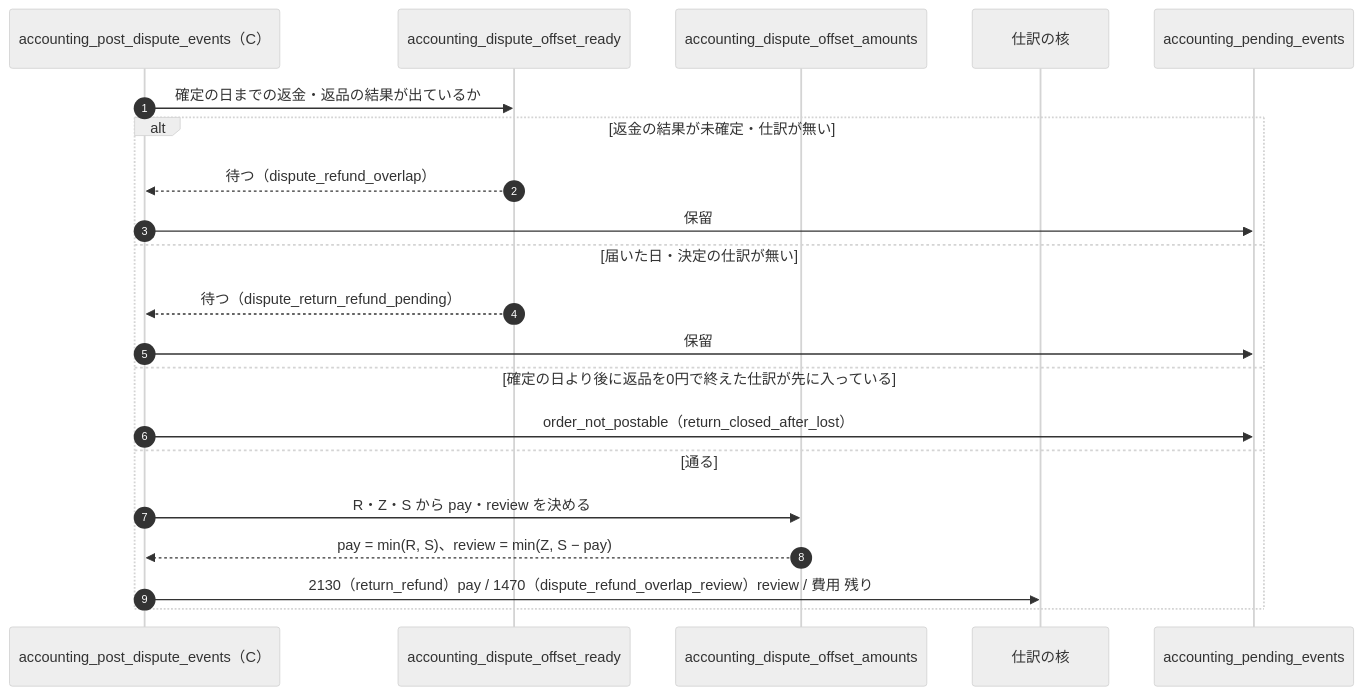
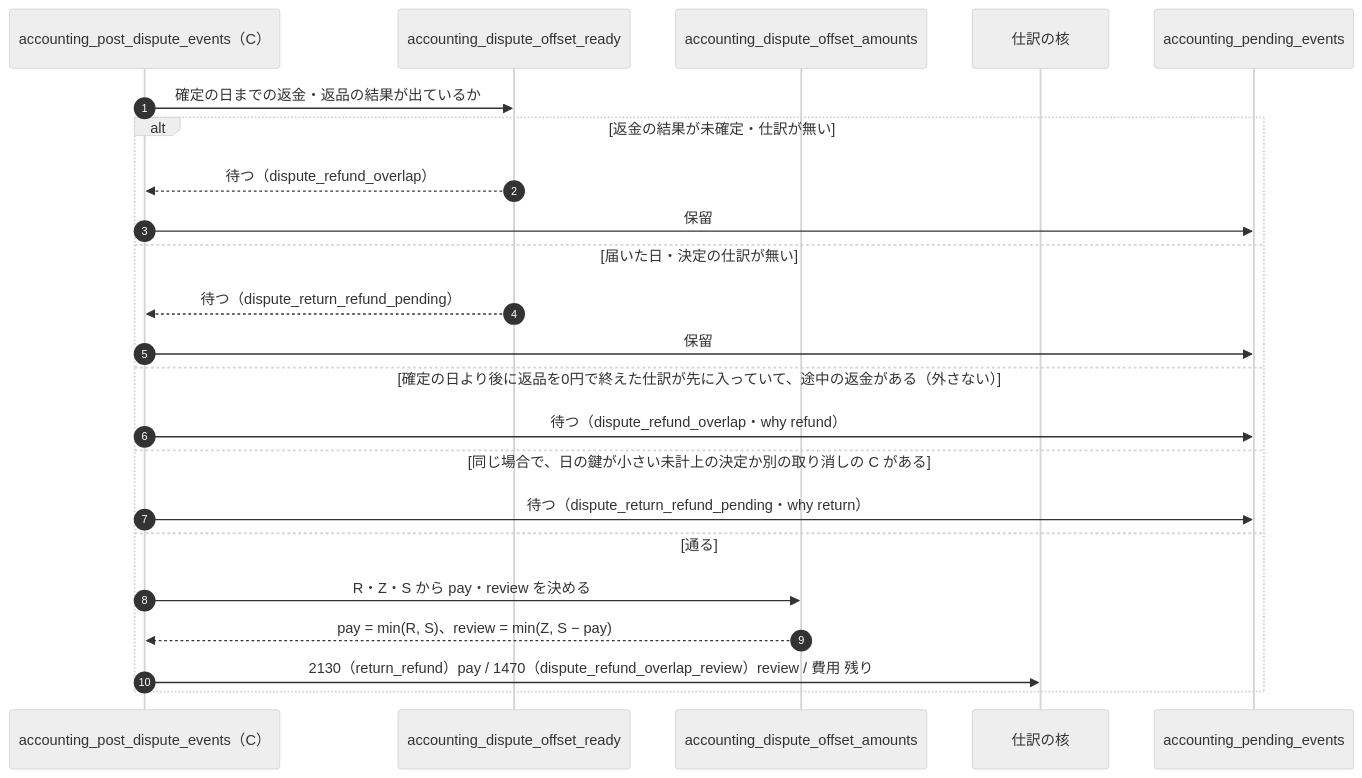
One commit to ChocoWork/o_official changed the seventh of 7 diagrams in docs/04_DetailDesign/sequence/accounting-posting.md. Above: the diagram before and after it, drawn with Mermaid (neutral theme). The commit also changed 8 other files, not shown here.

````diff
--- a/docs/04_DetailDesign/sequence/accounting-posting.md
+++ b/docs/04_DetailDesign/sequence/accounting-posting.md
@@ -261,23 +261,25 @@
 ```mermaid
 sequenceDiagram
   autonumber
   participant D as accounting_post_dispute_events（C）
   participant K as accounting_dispute_offset_ready
   participant A as accounting_dispute_offset_amounts
   participant C as 仕訳の核
   participant Q as accounting_pending_events
   D->>K: 確定の日までの返金・返品の結果が出ているか
   alt 返金の結果が未確定・仕訳が無い
     K-->>D: 待つ（dispute_refund_overlap）
     D->>Q: 保留
   else 届いた日・決定の仕訳が無い
     K-->>D: 待つ（dispute_return_refund_pending）
     D->>Q: 保留
-  else 確定の日より後に返品を0円で終えた仕訳が先に入っている
-    D->>Q: order_not_postable（return_closed_after_lost）
+  else 確定の日より後に返品を0円で終えた仕訳が先に入っていて、途中の返金がある（外さない）
+    D->>Q: 待つ（dispute_refund_overlap・why refund）
+  else 同じ場合で、日の鍵が小さい未計上の決定か別の取り消しの C がある
+    D->>Q: 待つ（dispute_return_refund_pending・why return）
   else 通る
     D->>A: R・Z・S から pay・review を決める
     A-->>D: pay = min(R, S)、review = min(Z, S − pay)
     D->>C: 2130（return_refund）pay / 1470（dispute_refund_overlap_review）review / 費用 残り
   end
 ```
````
